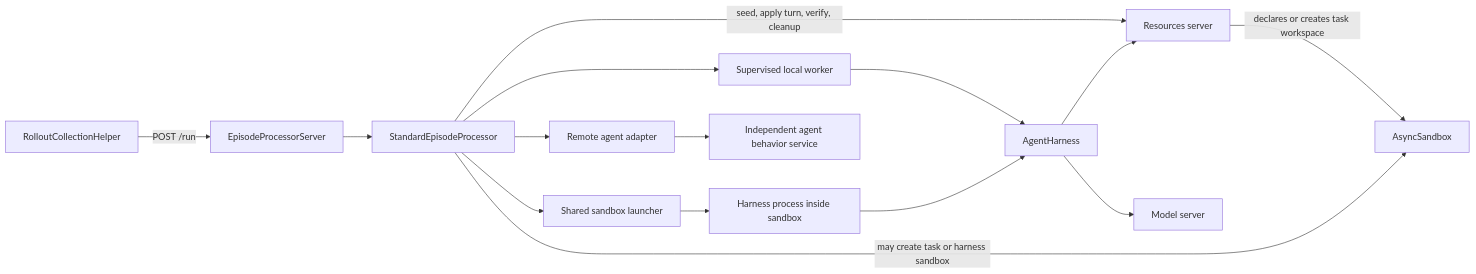
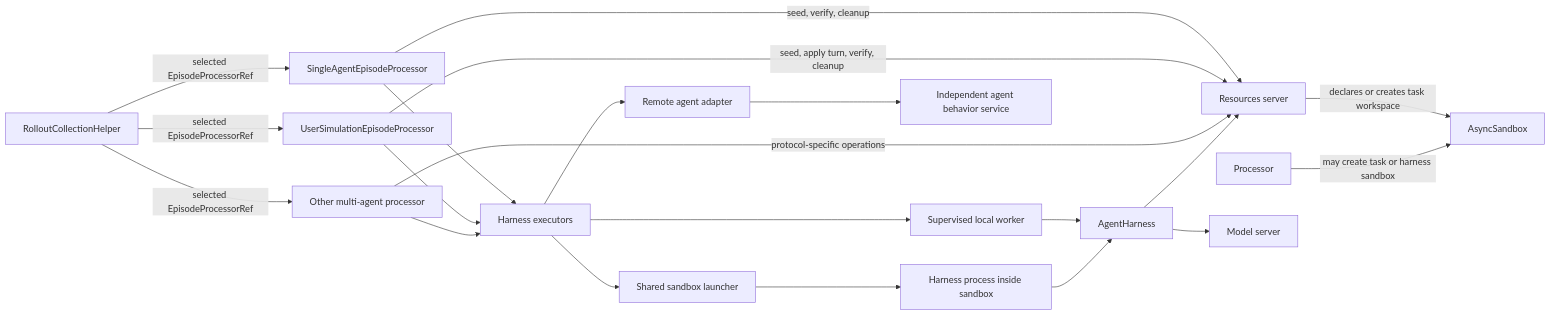
Before and after one commit to ananthsub/Gym: the second of 13 diagrams in investigations/episode-orchestration-design.md, drawn with Mermaid. The commit also changed other lines of this file and 3 other files, not shown here.

Commit message:
docs(investigations): rebuild episode architecture proposal

````diff
--- a/investigations/episode-orchestration-design.md
+++ b/investigations/episode-orchestration-design.md
@@ -64,17 +148,23 @@
 ```mermaid
 flowchart LR
-    Collector["RolloutCollectionHelper"] -->|"POST /run"| ProcessorServer["EpisodeProcessorServer"]
-    ProcessorServer --> Processor["StandardEpisodeProcessor"]
-    Processor -->|"seed, apply turn, verify, cleanup"| Resources["Resources server"]
-    Processor --> Local["Supervised local worker"]
-    Processor --> Launcher["Shared sandbox launcher"]
+    Collector["RolloutCollectionHelper"] -->|"selected EpisodeProcessorRef"| Single["SingleAgentEpisodeProcessor"]
+    Collector -->|"selected EpisodeProcessorRef"| UserSim["UserSimulationEpisodeProcessor"]
+    Collector -->|"selected EpisodeProcessorRef"| Multi["Other multi-agent processor"]
+    Single -->|"seed, verify, cleanup"| Resources["Resources server"]
+    UserSim -->|"seed, apply turn, verify, cleanup"| Resources
+    Multi -->|"protocol-specific operations"| Resources
+    Single --> Executors["Harness executors"]
+    UserSim --> Executors
+    Multi --> Executors
+    Executors --> Local["Supervised local worker"]
+    Executors --> Launcher["Shared sandbox launcher"]
     Launcher --> Guest["Harness process inside sandbox"]
-    Processor --> Remote["Remote agent adapter"]
+    Executors --> Remote["Remote agent adapter"]
     Local --> Harness["AgentHarness"]
     Guest --> Harness
     Remote --> AgentServer["Independent agent behavior service"]
     Resources -->|"declares or creates task workspace"| Sandbox["AsyncSandbox"]
     Processor -->|"may create task or harness sandbox"| Sandbox
     Harness --> Model["Model server"]
     Harness --> Resources
 ```
````
